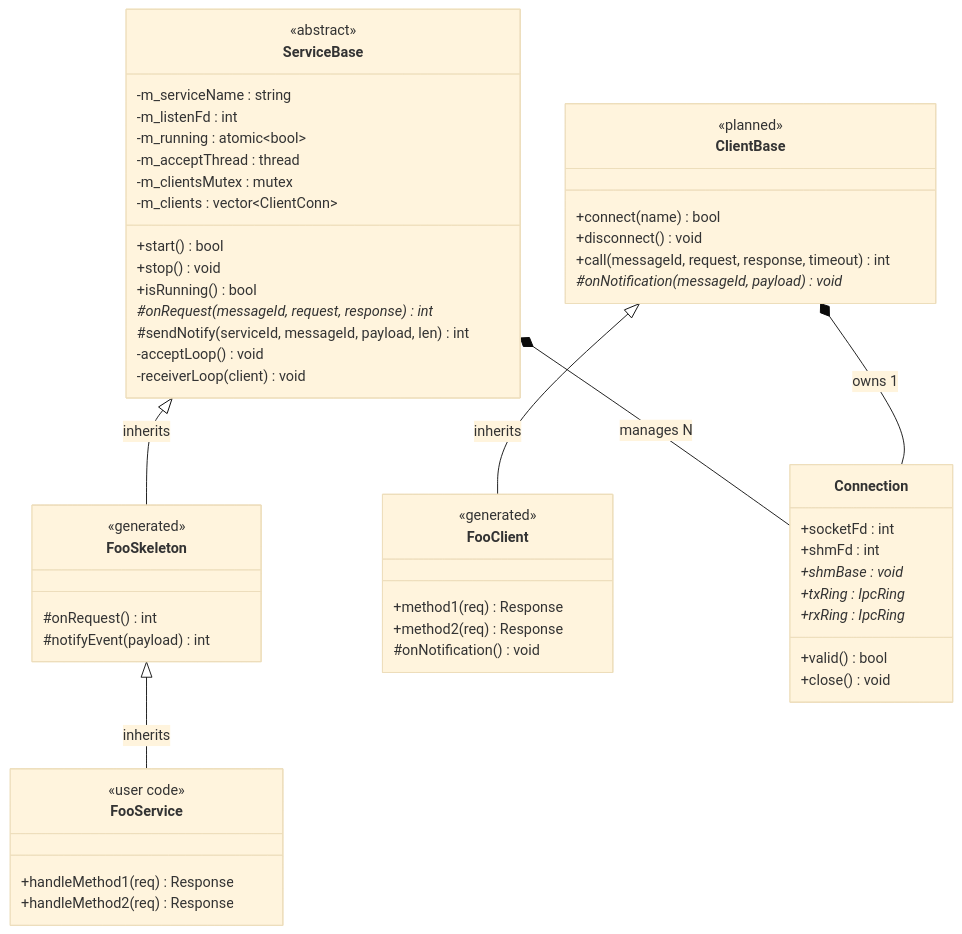
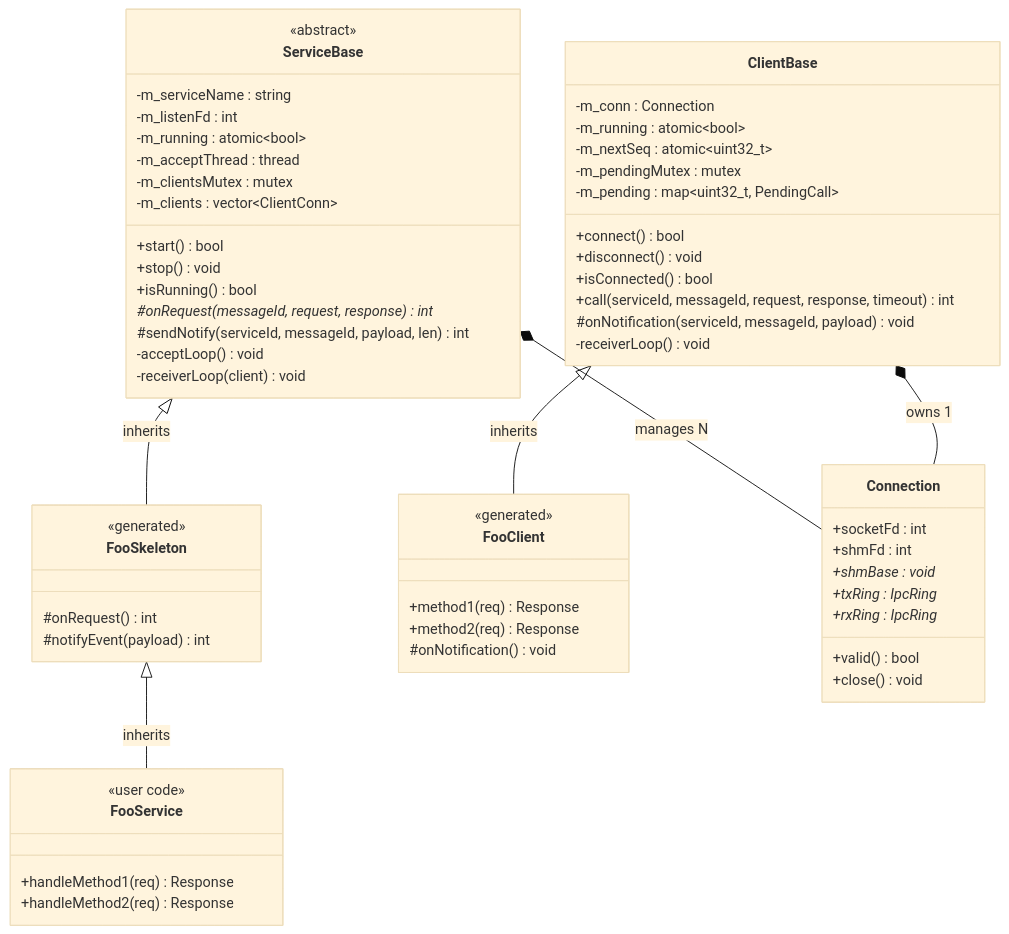
The tenth of 15 diagrams in doc/architecture.md (Mrunmoy/aether), drawn with Mermaid (base theme) before and after one commit. The commit also changed other lines of this file and 10 other files, not shown here.

````diff
--- a/doc/architecture.md
+++ b/doc/architecture.md
@@ -235,64 +235,70 @@
 ```mermaid
 classDiagram
     class ServiceBase {
         <<abstract>>
         +start() bool
         +stop() void
         +isRunning() bool
         #onRequest(messageId, request, response)* int
         #sendNotify(serviceId, messageId, payload, len) int
         -acceptLoop() void
         -receiverLoop(client) void
         -m_serviceName : string
         -m_listenFd : int
         -m_running : atomic~bool~
         -m_acceptThread : thread
         -m_clientsMutex : mutex
         -m_clients : vector~ClientConn~
     }
 
     class FooSkeleton {
         <<generated>>
         #onRequest() int
         #notifyEvent(payload) int
     }
 
     class FooService {
         <<user code>>
         +handleMethod1(req) Response
         +handleMethod2(req) Response
     }
 
     ServiceBase <|-- FooSkeleton : inherits
     FooSkeleton <|-- FooService : inherits
 
     class ClientBase {
-        <<planned>>
-        +connect(name) bool
+        +connect() bool
         +disconnect() void
-        +call(messageId, request, response, timeout) int
-        #onNotification(messageId, payload)* void
+        +isConnected() bool
+        +call(serviceId, messageId, request, response, timeout) int
+        #onNotification(serviceId, messageId, payload) void
+        -receiverLoop() void
+        -m_conn : Connection
+        -m_running : atomic~bool~
+        -m_nextSeq : atomic~uint32_t~
+        -m_pendingMutex : mutex
+        -m_pending : map~uint32_t, PendingCall~
     }
 
     class FooClient {
         <<generated>>
         +method1(req) Response
         +method2(req) Response
         #onNotification() void
     }
 
     ClientBase <|-- FooClient : inherits
 
     class Connection {
         +socketFd : int
         +shmFd : int
         +shmBase : void*
         +txRing : IpcRing*
         +rxRing : IpcRing*
         +valid() bool
         +close() void
     }
 
     ServiceBase *-- Connection : manages N
     ClientBase *-- Connection : owns 1
 ```
````
